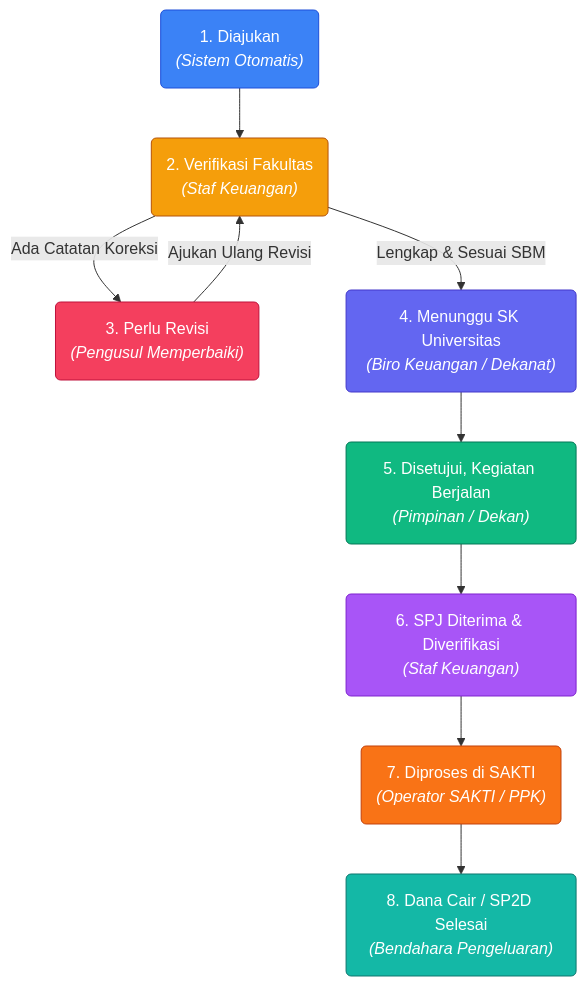
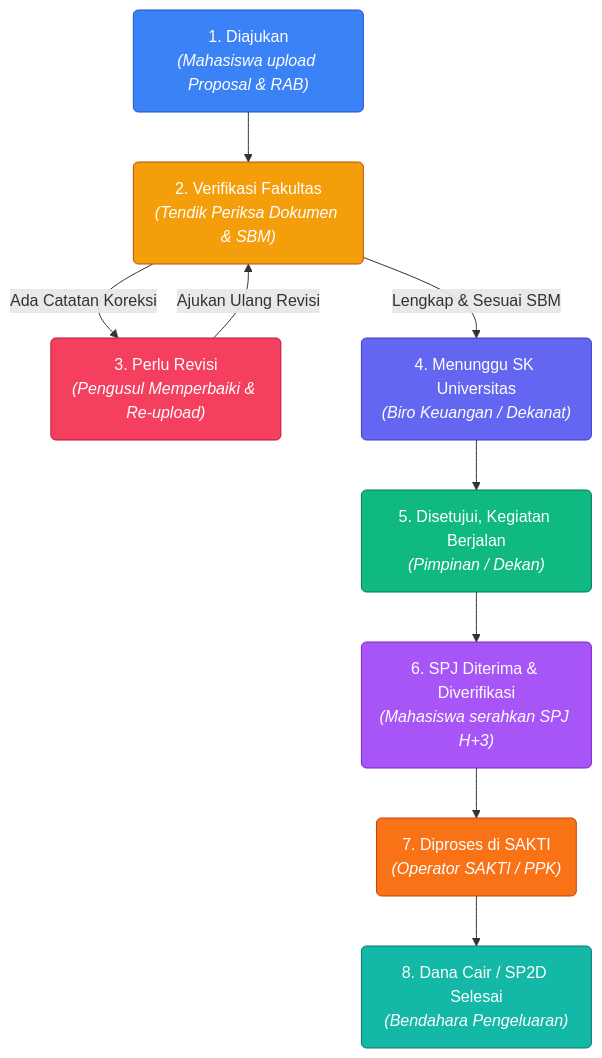
Before and after one commit to RayhanIIqbal13/rancang-status-dokumen: the diagram in README.md, drawn with Mermaid. The commit also changed other lines of this file and 17 other files, not shown here.

Commit message:
feat(simulasi): perbaikan bug upload PDF, preview dokumen proposal & RAB, pelurusan alur SOP, dan pemisahan role simulasi Tendik FSTI

````diff
--- a/README.md
+++ b/README.md
@@ -43,20 +43,20 @@
 ```mermaid
 flowchart TD
     classDef submitted fill:#3b82f6,stroke:#1d4ed8,color:#fff;
     classDef review fill:#f59e0b,stroke:#b45309,color:#fff;
     classDef revision fill:#f43f5e,stroke:#be123c,color:#fff;
     classDef sk fill:#6366f1,stroke:#4338ca,color:#fff;
     classDef approved fill:#10b981,stroke:#047857,color:#fff;
     classDef spj fill:#a855f7,stroke:#7e22ce,color:#fff;
     classDef sakti fill:#f97316,stroke:#c2410c,color:#fff;
     classDef disbursed fill:#14b8a6,stroke:#0f766e,color:#fff;
 
-    T1("1. Diajukan<br/><i>(Sistem Otomatis)</i>"):::submitted --> T2("2. Verifikasi Fakultas<br/><i>(Staf Keuangan)</i>"):::review
-    T2 -->|Ada Catatan Koreksi| T3("3. Perlu Revisi<br/><i>(Pengusul Memperbaiki)</i>"):::revision
+    T1("1. Diajukan<br/><i>(Mahasiswa upload Proposal & RAB)</i>"):::submitted --> T2("2. Verifikasi Fakultas<br/><i>(Tendik Periksa Dokumen & SBM)</i>"):::review
+    T2 -->|Ada Catatan Koreksi| T3("3. Perlu Revisi<br/><i>(Pengusul Memperbaiki & Re-upload)</i>"):::revision
     T3 -->|Ajukan Ulang Revisi| T2
     T2 -->|Lengkap & Sesuai SBM| T4("4. Menunggu SK Universitas<br/><i>(Biro Keuangan / Dekanat)</i>"):::sk
     T4 --> T5("5. Disetujui, Kegiatan Berjalan<br/><i>(Pimpinan / Dekan)</i>"):::approved
-    T5 --> T6("6. SPJ Diterima & Diverifikasi<br/><i>(Staf Keuangan)</i>"):::spj
+    T5 --> T6("6. SPJ Diterima & Diverifikasi<br/><i>(Mahasiswa serahkan SPJ H+3)</i>"):::spj
     T6 --> T7("7. Diproses di SAKTI<br/><i>(Operator SAKTI / PPK)</i>"):::sakti
     T7 --> T8("8. Dana Cair / SP2D Selesai<br/><i>(Bendahara Pengeluaran)</i>"):::disbursed
 ```
````
